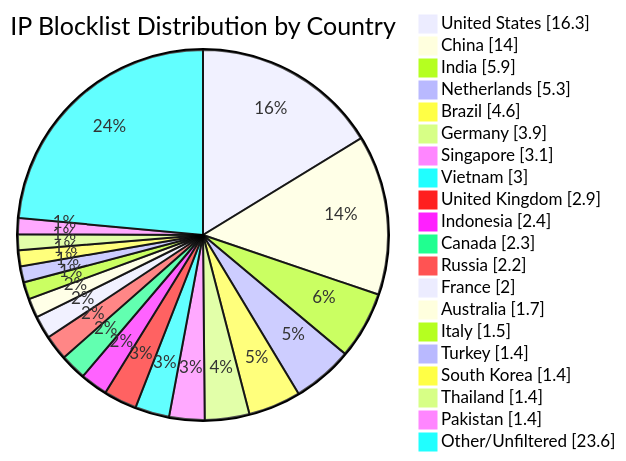
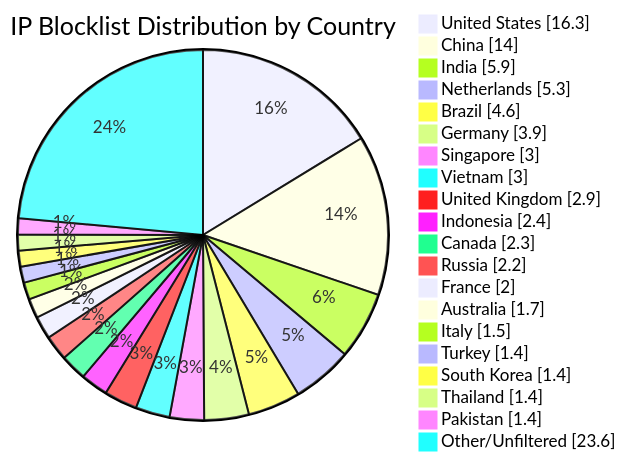
Before and after one commit to dewdmadbro/ip-blocklist-dewd: the diagram in README.md, drawn with Mermaid. The commit also changed other lines of this file and 52 other files, not shown here.

````diff
--- a/README.md
+++ b/README.md
@@ -34,23 +34,23 @@
 ```mermaid
 pie showData title IP Blocklist Distribution by Country
 "United States" : 16.3
 "China" : 14.0
 "India" : 5.9
 "Netherlands" : 5.3
 "Brazil" : 4.6
 "Germany" : 3.9
-"Singapore" : 3.1
+"Singapore" : 3.0
 "Vietnam" : 3.0
 "United Kingdom" : 2.9
 "Indonesia" : 2.4
 "Canada" : 2.3
 "Russia" : 2.2
 "France" : 2.0
 "Australia" : 1.7
 "Italy" : 1.5
 "Turkey" : 1.4
 "South Korea" : 1.4
 "Thailand" : 1.4
 "Pakistan" : 1.4
 "Other/Unfiltered" : 23.6
 ```
````
